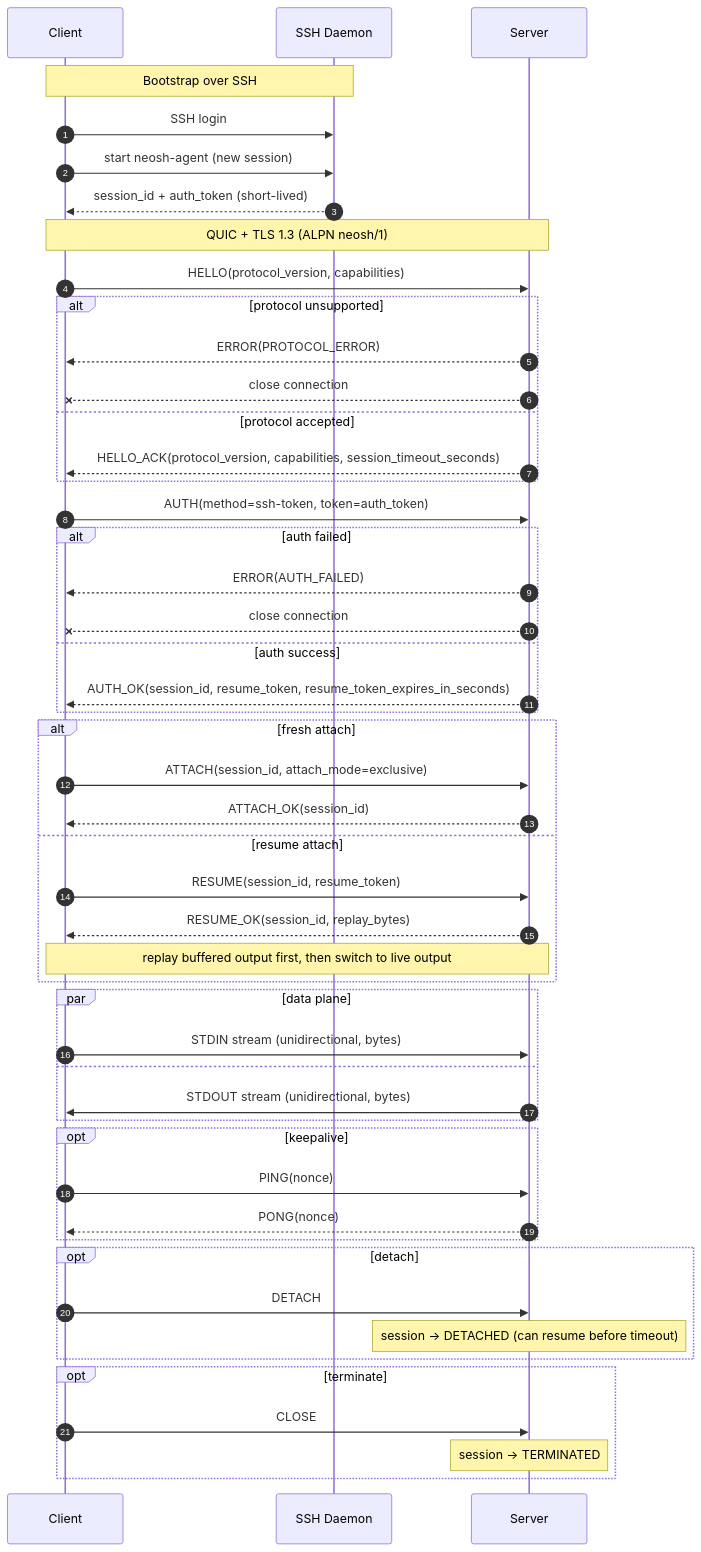
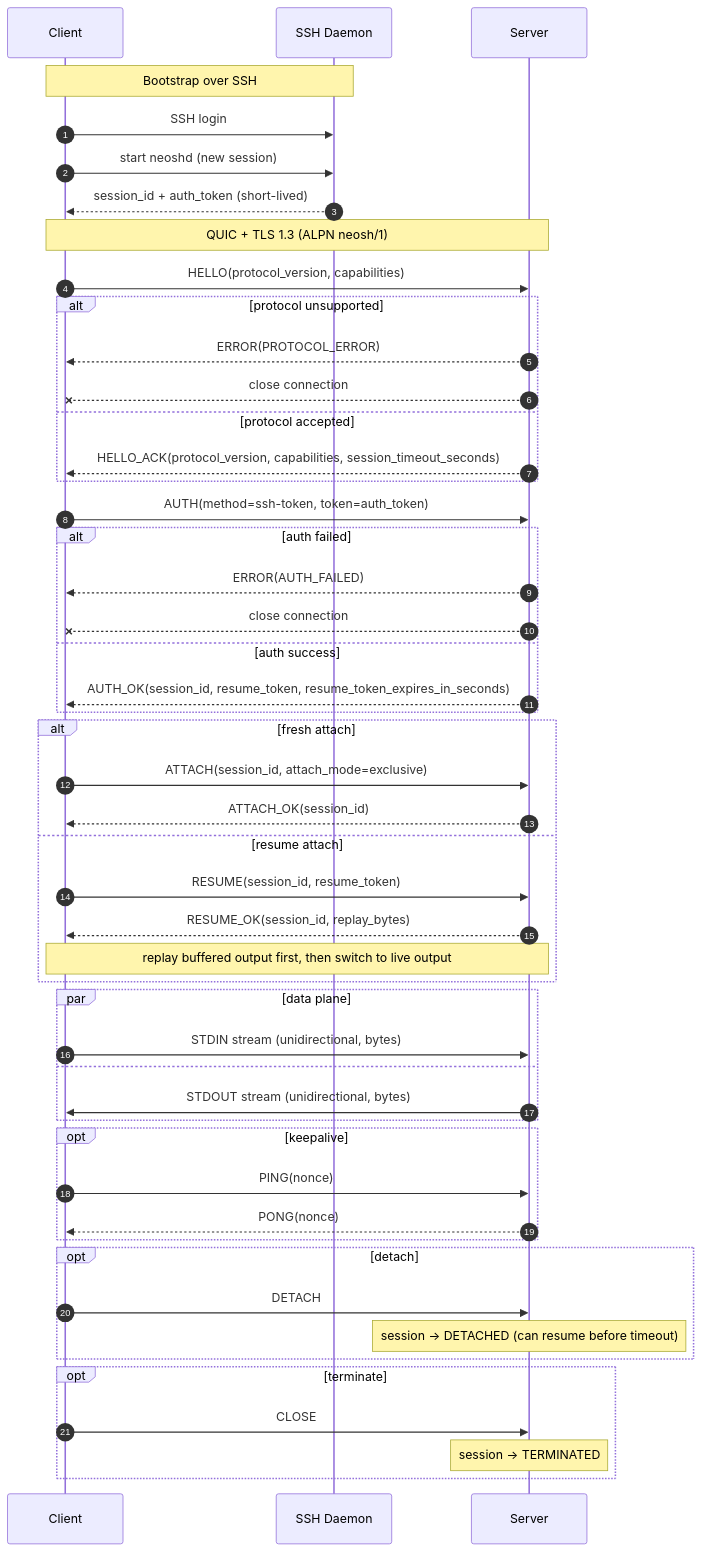
The diagram in README.md (plucury/neosh), drawn with Mermaid before and after one commit. The commit also changed other lines of this file and 4 other files, not shown here.

````diff
--- a/README.md
+++ b/README.md
@@ -10,60 +10,60 @@
 ```mermaid
 sequenceDiagram
     autonumber
     participant C as Client
     participant SSH as SSH Daemon
     participant S as Server
 
     Note over C,SSH: Bootstrap over SSH
     C->>SSH: SSH login
-    C->>SSH: start neosh-agent (new session)
+    C->>SSH: start neoshd (new session)
     SSH-->>C: session_id + auth_token (short-lived)
 
     Note over C,S: QUIC + TLS 1.3 (ALPN neosh/1)
 
     C->>S: HELLO(protocol_version, capabilities)
     alt protocol unsupported
         S-->>C: ERROR(PROTOCOL_ERROR)
         S--xC: close connection
     else protocol accepted
         S-->>C: HELLO_ACK(protocol_version, capabilities, session_timeout_seconds)
     end
 
     C->>S: AUTH(method=ssh-token, token=auth_token)
     alt auth failed
         S-->>C: ERROR(AUTH_FAILED)
         S--xC: close connection
     else auth success
         S-->>C: AUTH_OK(session_id, resume_token, resume_token_expires_in_seconds)
     end
 
     alt fresh attach
         C->>S: ATTACH(session_id, attach_mode=exclusive)
         S-->>C: ATTACH_OK(session_id)
     else resume attach
         C->>S: RESUME(session_id, resume_token)
         S-->>C: RESUME_OK(session_id, replay_bytes)
         Note over S,C: replay buffered output first, then switch to live output
     end
 
     par data plane
         C->>S: STDIN stream (unidirectional, bytes)
     and
         S->>C: STDOUT stream (unidirectional, bytes)
     end
 
     opt keepalive
         C->>S: PING(nonce)
         S-->>C: PONG(nonce)
     end
 
     opt detach
         C->>S: DETACH
         Note over S: session -> DETACHED (can resume before timeout)
     end
 
     opt terminate
         C->>S: CLOSE
         Note over S: session -> TERMINATED
     end
 ```
````
